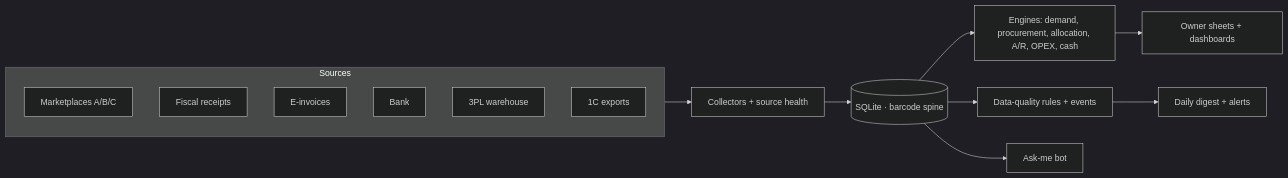
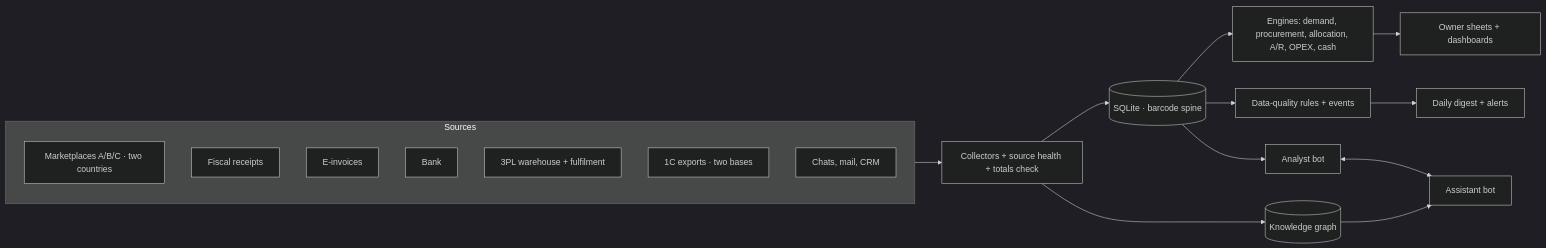
Before and after one commit to EAeaza/marketplace-control-tower: the first of 3 diagrams in README.md, drawn with Mermaid (dark theme). The commit also changed other lines of this file and 3 other files, not shown here.

````diff
--- a/README.md
+++ b/README.md
@@ -24,18 +28,22 @@
 ```mermaid
 flowchart LR
   subgraph Sources
-    MP["Marketplaces A/B/C"]
+    MP["Marketplaces A/B/C · two countries"]
     FR["Fiscal receipts"]
     EI["E-invoices"]
     BK["Bank"]
-    WH["3PL warehouse"]
-    OC["1C exports"]
+    WH["3PL warehouse + fulfilment"]
+    OC["1C exports · two bases"]
+    CM["Chats, mail, CRM"]
   end
-  Sources --> COL["Collectors + source health"]
+  Sources --> COL["Collectors + source health + totals check"]
   COL --> DB[("SQLite · barcode spine")]
+  COL --> KG[("Knowledge graph")]
   DB --> ENG["Engines: demand, procurement, allocation, A/R, OPEX, cash"]
   DB --> DQ["Data-quality rules + events"]
   ENG --> OUT["Owner sheets + dashboards"]
   DQ --> DIG["Daily digest + alerts"]
-  DB --> ASK["Ask-me bot"]
+  DB --> ASK["Analyst bot"]
+  KG --> AS["Assistant bot"]
+  ASK <--> AS
 ```
````
